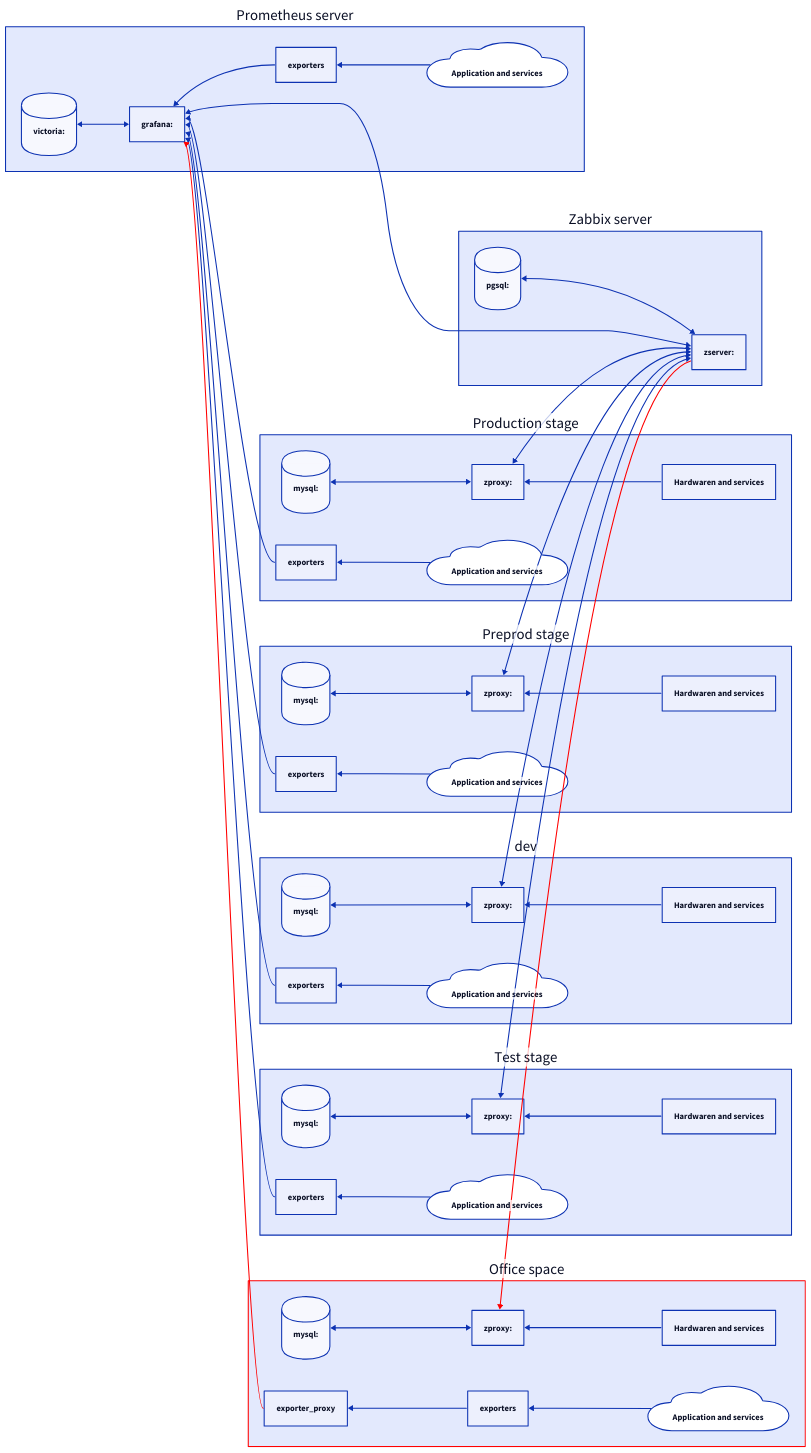
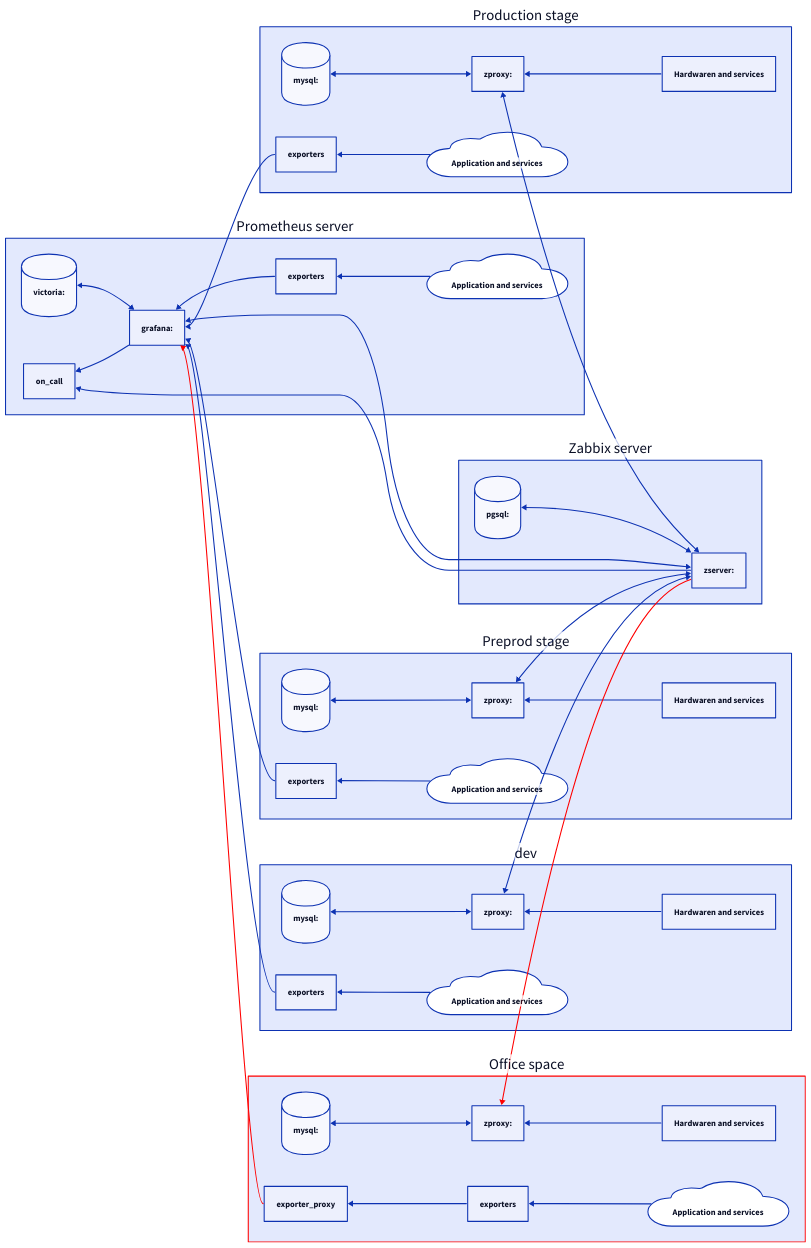
One commit to pdacity/moni_d2 changed the diagram in moni.d2. Above: the diagram before and after it, drawn with D2.

```diff
--- a/moni.d2
+++ b/moni.d2
@@ -1,99 +1,88 @@
 direction: left
 
 zabbix: Zabbix server {
   zabbix_db: pgsql: {shape: cylinder}
   zabbix_server: zserver: {shape: rectangle}
   zabbix_server <-> zabbix_db
 }
 
 prom: Prometheus server {
   prom_db: victoria: {shape: cylinder}
   prom_server: grafana: {shape: rectangle}
   apps: Application and services {shape: cloud}
   prom_exporter: exporters
 
   apps -> prom_exporter
   prom_server <-> prom_db
   prom_exporter -> prom_server
 }
 
 prod: Production stage {
   # zabbix 
   zproxy_db: mysql: {shape: cylinder}
   zproxy_server: zproxy: {shape: rectangle}
   hardware: Hardwaren and services {shape: rectangle}
   # prom
   apps: Application and services {shape: cloud}
   prom_exporter: exporters
   prom_exporter <- apps
   zproxy_server <-> zproxy_db
   hardware -> zproxy_server
 }
 
 preprod: Preprod stage {
   zproxy_db: mysql: {shape: cylinder}
   zproxy_server: zproxy: {shape: rectangle}
   hardware: Hardwaren and services {shape: rectangle}
   # prom
   apps: Application and services {shape: cloud}
   prom_exporter: exporters
   prom_exporter <- apps
   zproxy_server <-> zproxy_db
   hardware -> zproxy_server
 }
 
-test: Test stage {
-  zproxy_db: mysql: {shape: cylinder}
-  zproxy_server: zproxy: {shape: rectangle}
-  hardware: Hardwaren and services {shape: rectangle}
-  # prom
-  apps: Application and services {shape: cloud}
-  prom_exporter: exporters
-  prom_exporter <- apps
-  zproxy_server <-> zproxy_db
-  hardware -> zproxy_server
-}
-
 dev: {
   zproxy_db: mysql: {shape: cylinder}
   zproxy_server: zproxy: {shape: rectangle}
   hardware: Hardwaren and services {shape: rectangle}
   # prom
   apps: Application and services {shape: cloud}
   prom_exporter: exporters
   prom_exporter <- apps
   zproxy_server <-> zproxy_db
   hardware -> zproxy_server
 }
 
 office: Office space {
   style: {stroke: red}
   zproxy_db: mysql: {shape: cylinder}
   zproxy_server: zproxy: {shape: rectangle}
   hardware: Hardwaren and services {shape: rectangle}
   # prom
   apps: Application and services {shape: cloud}
   prom_exporter: exporters
   prom_exporter_proxy: exporter_proxy
   apps -> prom_exporter
   prom_exporter -> prom_exporter_proxy
   zproxy_server <-> zproxy_db
   hardware -> zproxy_server
 }
 
 # Stage to zabbix
 zabbix.zabbix_server <-> prod.zproxy_server
 zabbix.zabbix_server <-> preprod.zproxy_server
-zabbix.zabbix_server <-> test.zproxy_server
 zabbix.zabbix_server <-> dev.zproxy_server
 zabbix.zabbix_server -> office.zproxy_server: {style: {stroke: red}}
 
 # zabbix - prom integration
 zabbix.zabbix_server <-> prom.prom_server
 
 # Stege to prom
 prod.prom_exporter -> prom.prom_server
 preprod.prom_exporter -> prom.prom_server
 dev.prom_exporter -> prom.prom_server
-test.prom_exporter -> prom.prom_server
 office.prom_exporter_proxy -> prom.prom_server: {style: {stroke: red}}
+
+prom.prom_server -> prom.on_call
+zabbix.zabbix_server -> prom.on_call
```
